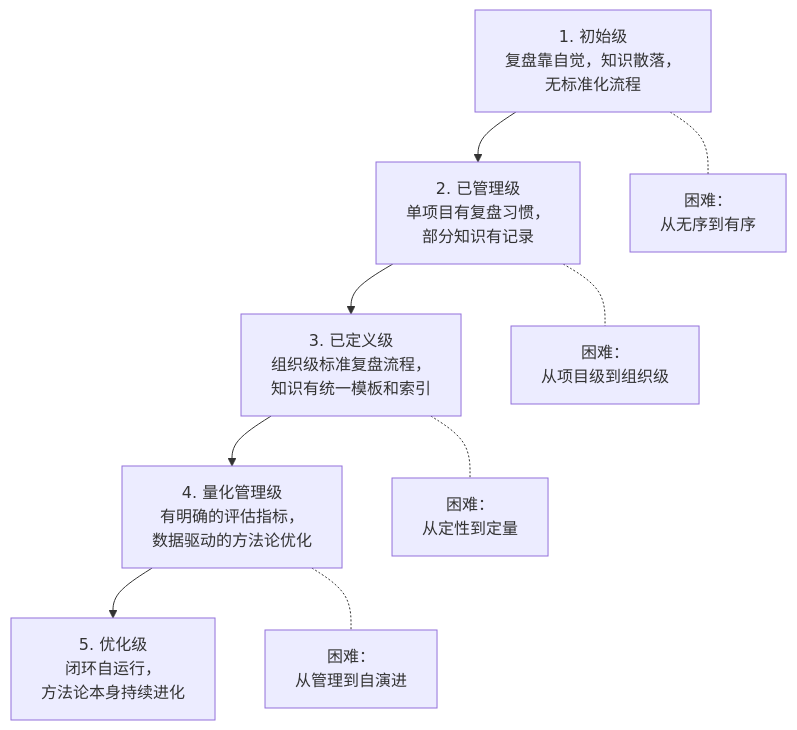
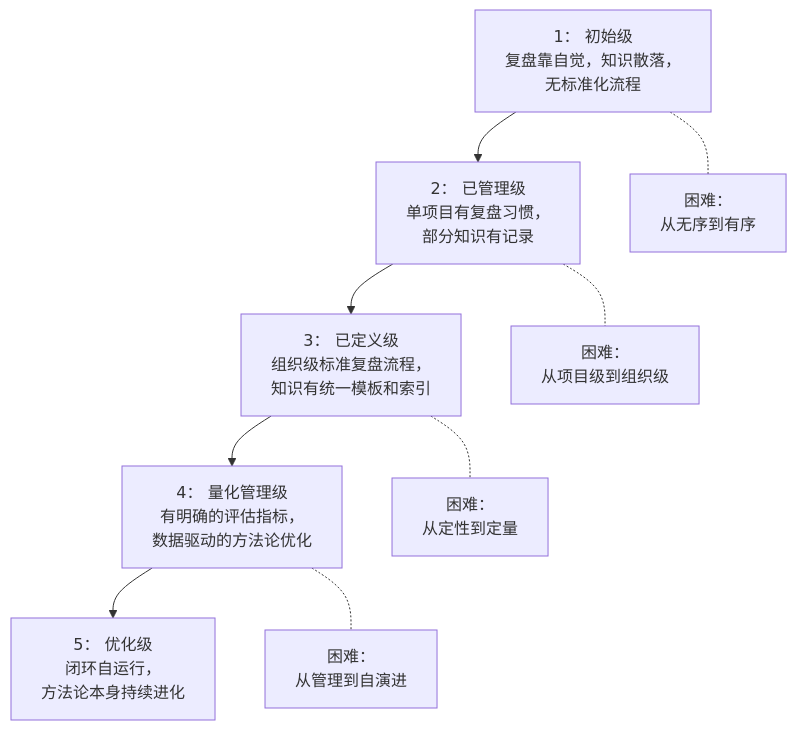
Before and after one commit to xinetzone/SpecWeave: the first of 2 diagrams in docs/retrospective/patterns/methodology-patterns/methodology-five-level-maturity.md, drawn with Mermaid. The commit also changed 46 other files, not shown here.

````diff
--- a/docs/retrospective/patterns/methodology-patterns/methodology-five-level-maturity.md
+++ b/docs/retrospective/patterns/methodology-patterns/methodology-five-level-maturity.md
@@ -41,18 +41,16 @@
 ```mermaid
 flowchart TD
-    L1["1. 初始级<br/>复盘靠自觉，知识散落，<br/>无标准化流程"]
-    L2["2. 已管理级<br/>单项目有复盘习惯，<br/>部分知识有记录"]
-    L3["3. 已定义级<br/>组织级标准复盘流程，<br/>知识有统一模板和索引"]
-    L4["4. 量化管理级<br/>有明确的评估指标，<br/>数据驱动的方法论优化"]
-    L5["5. 优化级<br/>闭环自运行，<br/>方法论本身持续进化"]
-
+    L1["1： 初始级<br/>复盘靠自觉，知识散落，<br/>无标准化流程"]
+    L2["2： 已管理级<br/>单项目有复盘习惯，<br/>部分知识有记录"]
+    L3["3： 已定义级<br/>组织级标准复盘流程，<br/>知识有统一模板和索引"]
+    L4["4： 量化管理级<br/>有明确的评估指标，<br/>数据驱动的方法论优化"]
+    L5["5： 优化级<br/>闭环自运行，<br/>方法论本身持续进化"]
     L1 --> L2
     L2 --> L3
     L3 --> L4
     L4 --> L5
-
     L1 -.- N1["困难：<br/>从无序到有序"]
     L2 -.- N2["困难：<br/>从项目级到组织级"]
     L3 -.- N3["困难：<br/>从定性到定量"]
     L4 -.- N4["困难：<br/>从管理到自演进"]
 ```
````
